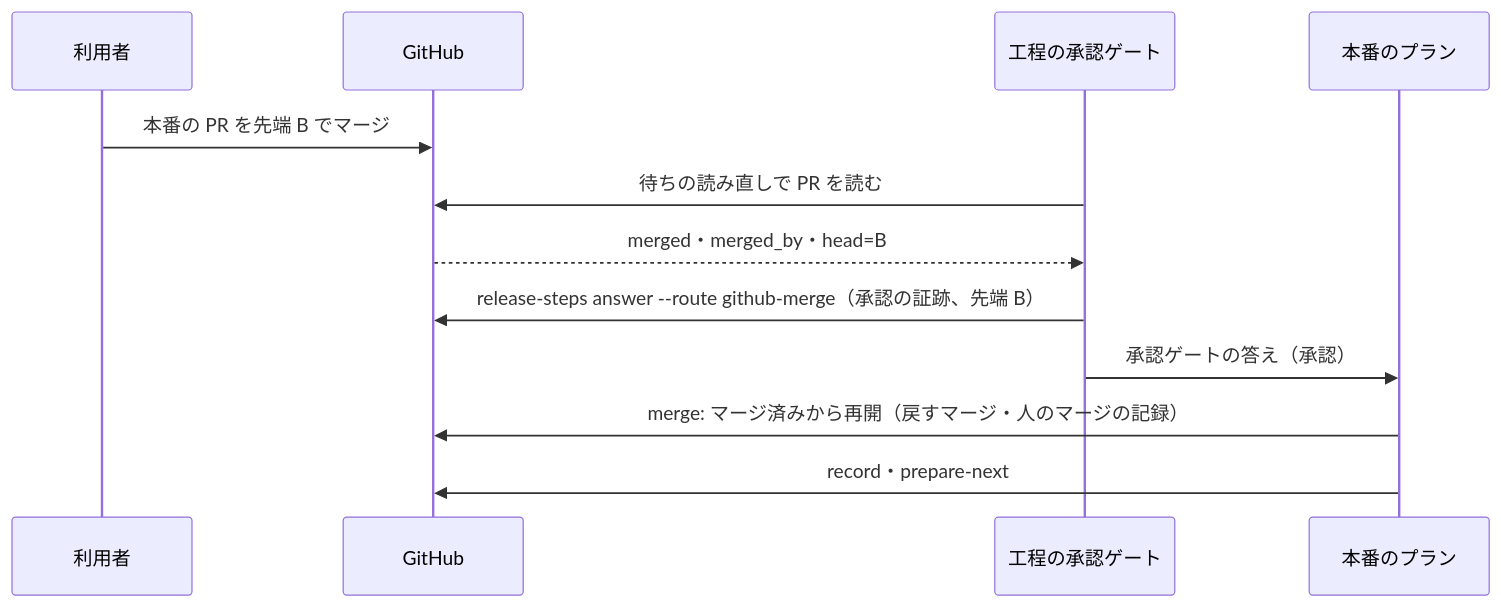
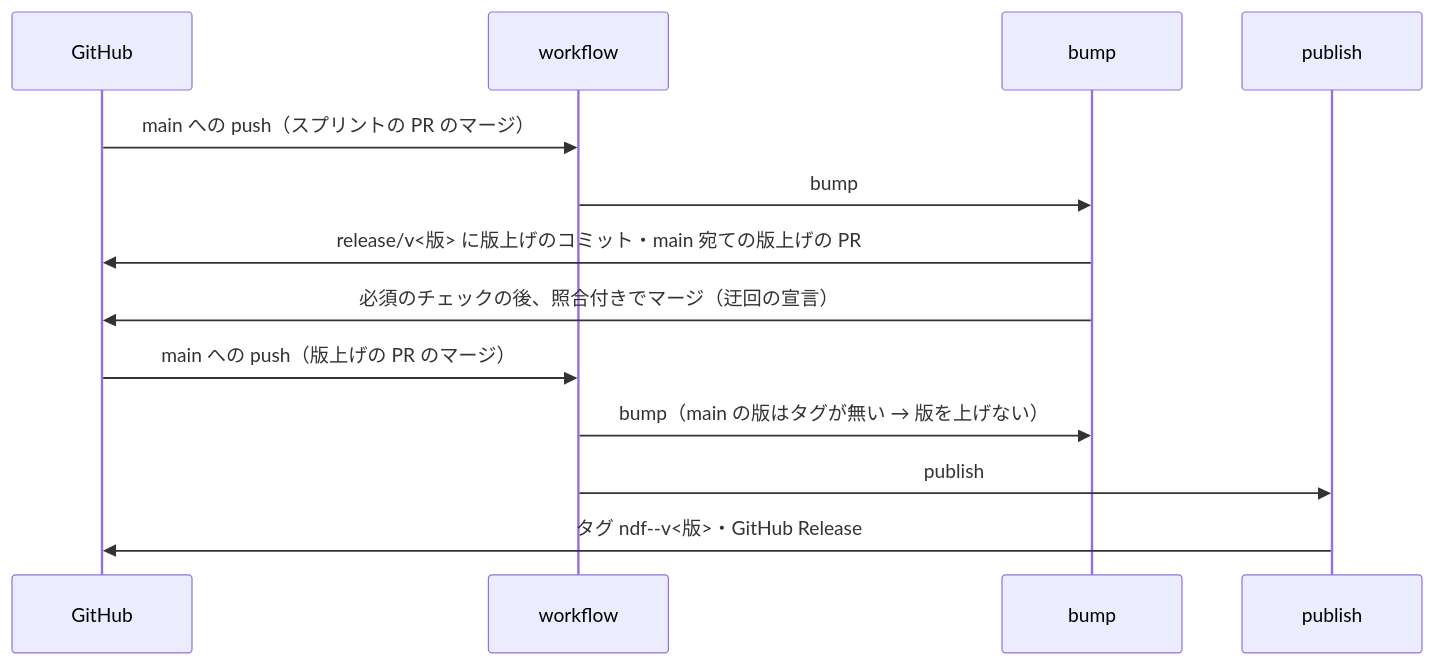
The third of 4 diagrams in issues/issue-3572-design.md (devbasex/ai-plugins), drawn with Mermaid before and after one commit. The commit also changed other lines of this file and 3 other files, not shown here.

First line of the commit message:
Docs: #3572 の設計を GitHub flow の土台で書き直す

````diff
--- a/issues/issue-3572-design.md
+++ b/issues/issue-3572-design.md
@@ -230,14 +319,15 @@
 ```mermaid
 sequenceDiagram
-    participant U as 利用者
     participant H as GitHub
-    participant S as 工程の承認ゲート
-    participant P as 本番のプラン
-    U->>H: 本番の PR を先端 B でマージ
-    S->>H: 待ちの読み直しで PR を読む
-    H-->>S: merged・merged_by・head=B
-    S->>H: release-steps answer --route github-merge（承認の証跡、先端 B）
-    S->>P: 承認ゲートの答え（承認）
-    P->>H: merge: マージ済みから再開（戻すマージ・人のマージの記録）
-    P->>H: record・prepare-next
+    participant W as workflow
+    participant B as bump
+    participant T as publish
+    H->>W: main への push（スプリントの PR のマージ）
+    W->>B: bump
+    B->>H: release/v<版> に版上げのコミット・main 宛ての版上げの PR
+    B->>H: 必須のチェックの後、照合付きでマージ（迂回の宣言）
+    H->>W: main への push（版上げの PR のマージ）
+    W->>B: bump（main の版はタグが無い → 版を上げない）
+    W->>T: publish
+    T->>H: タグ ndf--v<版>・GitHub Release
 ```
````
